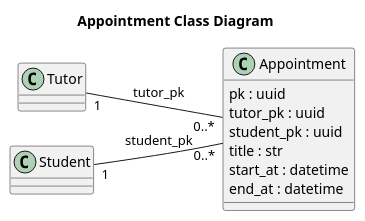
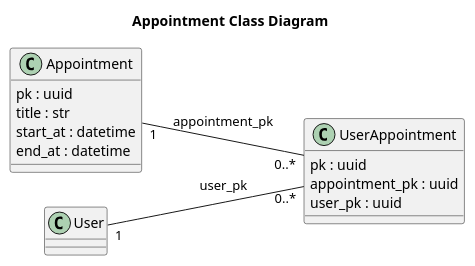
The diagram in docs/diagrams/classes/appoinment.puml (KMBCL/P3_specifications), drawn with PlantUML before and after one commit. The commit also changed 7 other files, not shown here.

```diff
--- a/docs/diagrams/classes/appoinment.puml
+++ b/docs/diagrams/classes/appoinment.puml
@@ -1,18 +1,22 @@
 @startuml appointment
 title Appointment Class Diagram
 
 left to right direction
 
 class Appointment {
     pk : uuid
-    tutor_pk : uuid
-    student_pk : uuid
     title : str
     start_at : datetime
     end_at : datetime
 }
 
-Tutor "1" -- "0..*" Appointment : tutor_pk
-Student "1" -- "0..*" Appointment : student_pk
+class UserAppointment {
+    pk : uuid
+    appointment_pk : uuid
+    user_pk : uuid
+}
 
-@enduml
+User "1" -- "0..*" UserAppointment : user_pk
+Appointment "1" -- "0..*"  UserAppointment: appointment_pk
+
+@endumld
```
